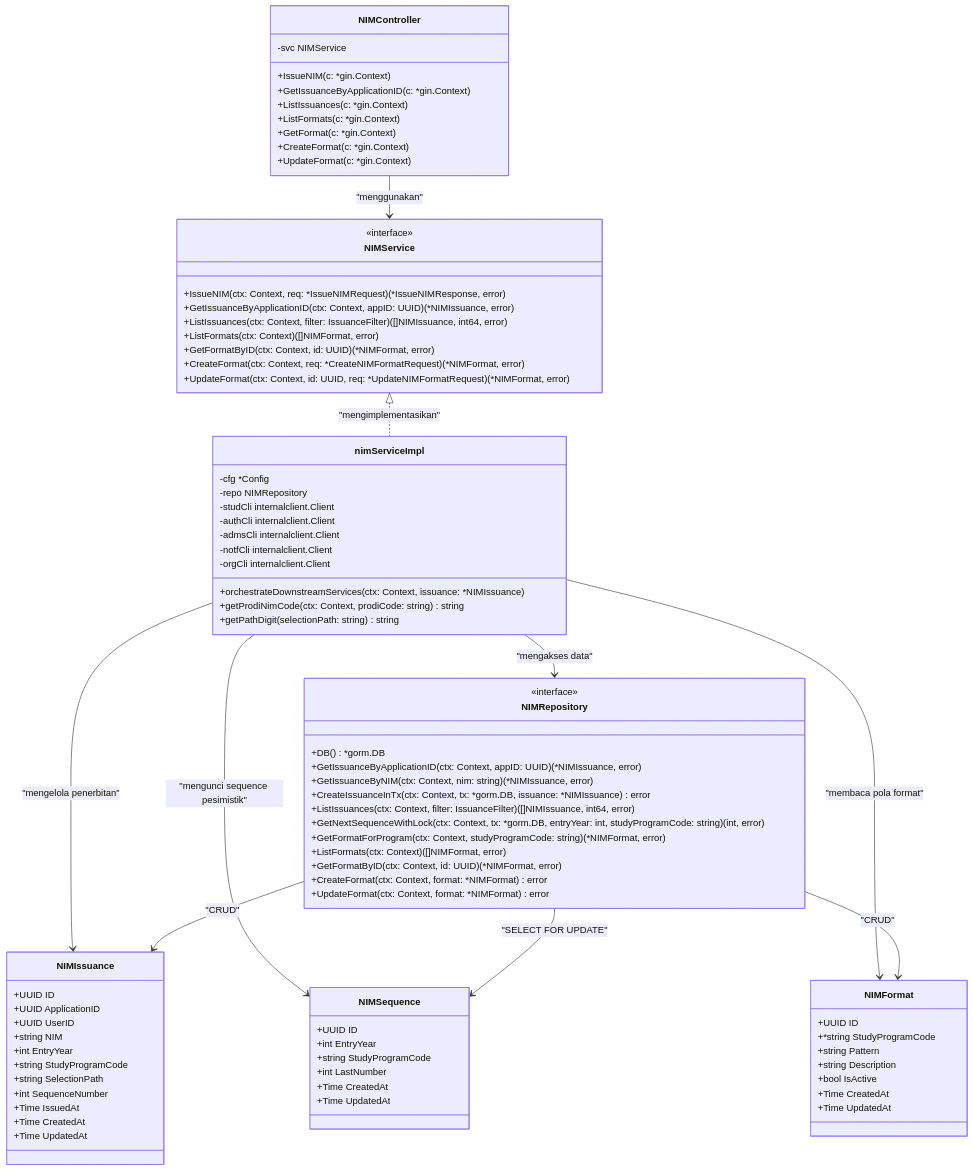
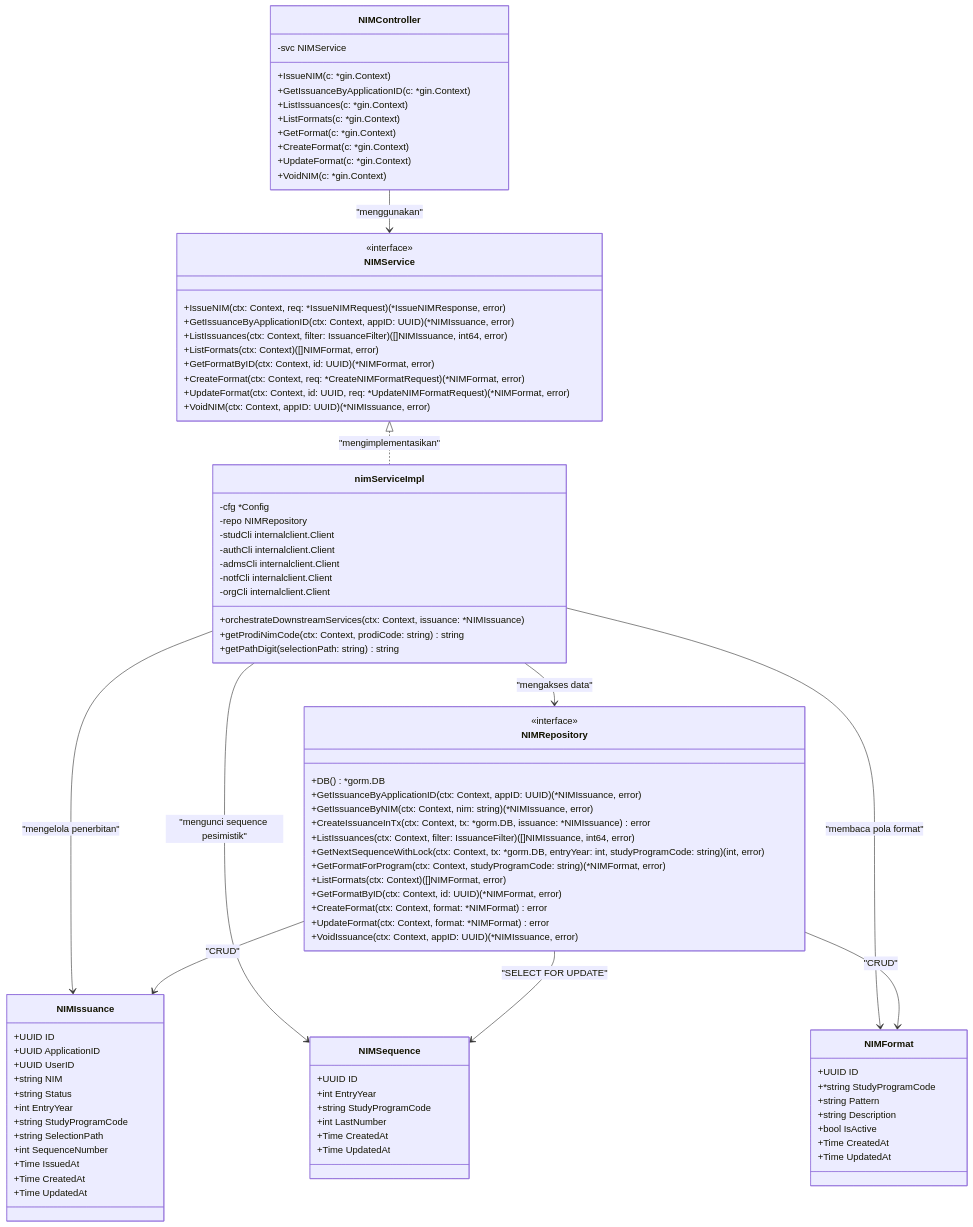
The diagram in docs/class-diagram-nim.md (kemal-ramadhan/api-pendaftaran-kampus), drawn with Mermaid before and after one commit. The commit also changed 16 other files, not shown here.

Commit message:
docs: API contracts ERD class-diagram dan skenario e2e CR-006..008

```diff
--- a/docs/class-diagram-nim.md
+++ b/docs/class-diagram-nim.md
@@ -15,6 +15,7 @@
         +GetFormat(c: *gin.Context)
         +CreateFormat(c: *gin.Context)
         +UpdateFormat(c: *gin.Context)
+        +VoidNIM(c: *gin.Context)
     }
 
     class NIMService {
@@ -26,6 +27,7 @@
         +GetFormatByID(ctx: Context, id: UUID) (*NIMFormat, error)
         +CreateFormat(ctx: Context, req: *CreateNIMFormatRequest) (*NIMFormat, error)
         +UpdateFormat(ctx: Context, id: UUID, req: *UpdateNIMFormatRequest) (*NIMFormat, error)
+        +VoidNIM(ctx: Context, appID: UUID) (*NIMIssuance, error)
     }
 
     class nimServiceImpl {
@@ -54,6 +56,7 @@
         +GetFormatByID(ctx: Context, id: UUID) (*NIMFormat, error)
         +CreateFormat(ctx: Context, format: *NIMFormat) error
         +UpdateFormat(ctx: Context, format: *NIMFormat) error
+        +VoidIssuance(ctx: Context, appID: UUID) (*NIMIssuance, error)
     }
 
     class NIMFormat {
@@ -80,6 +83,7 @@
         +UUID ApplicationID
         +UUID UserID
         +string NIM
+        +string Status
         +int EntryYear
         +string StudyProgramCode
         +string SelectionPath
```
